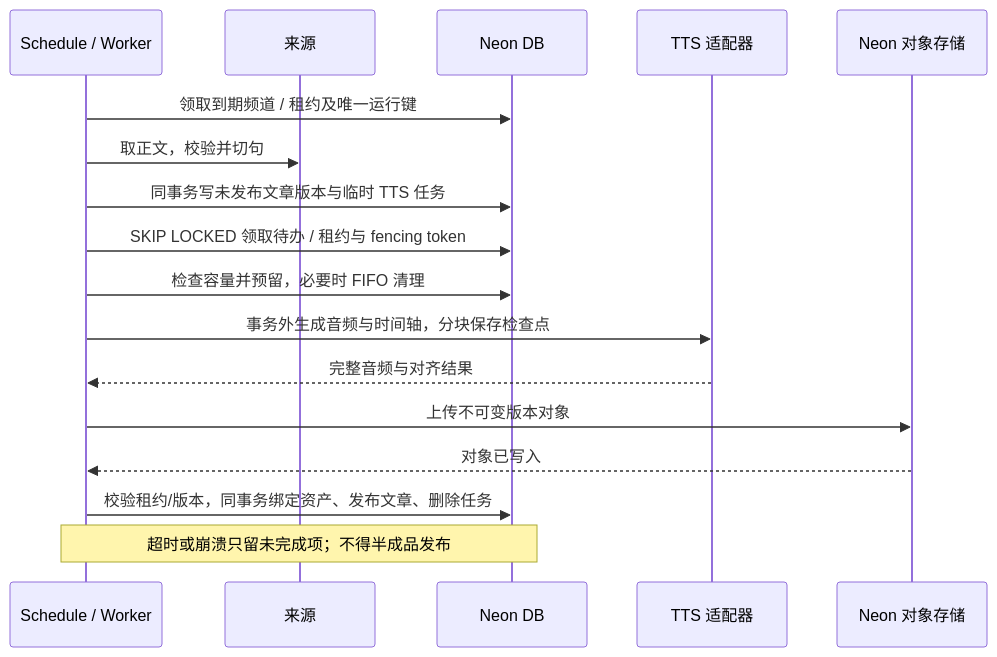
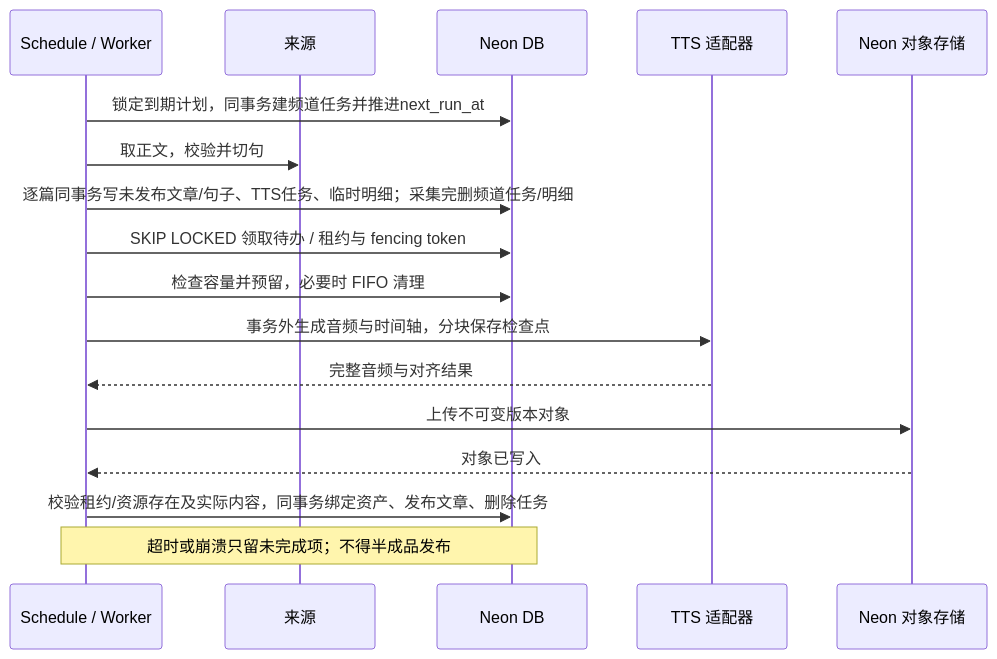
Before and after one commit to juanchaopan/lingocurrent: the third of 6 diagrams in docs/architecture/overview.md, drawn with Mermaid. The commit also changed other lines of this file and 44 other files, not shown here.

````diff
--- a/docs/architecture/overview.md
+++ b/docs/architecture/overview.md
@@ -108,19 +116,19 @@
 ```mermaid
 sequenceDiagram
   participant S as Schedule / Worker
   participant P as 来源
   participant D as Neon DB
   participant T as TTS 适配器
   participant O as Neon 对象存储
-  S->>D: 领取到期频道 / 租约及唯一运行键
+  S->>D: 锁定到期计划，同事务建频道任务并推进next_run_at
   S->>P: 取正文，校验并切句
-  S->>D: 同事务写未发布文章版本与临时 TTS 任务
+  S->>D: 逐篇同事务写未发布文章/句子、TTS任务、临时明细；采集完删频道任务/明细
   S->>D: SKIP LOCKED 领取待办 / 租约与 fencing token
   S->>D: 检查容量并预留，必要时 FIFO 清理
   S->>T: 事务外生成音频与时间轴，分块保存检查点
   T-->>S: 完整音频与对齐结果
   S->>O: 上传不可变版本对象
   O-->>S: 对象已写入
-  S->>D: 校验租约/版本，同事务绑定资产、发布文章、删除任务
+  S->>D: 校验租约/资源存在及实际内容，同事务绑定资产、发布文章、删除任务
   Note over S,D: 超时或崩溃只留未完成项；不得半成品发布
 ```
````
